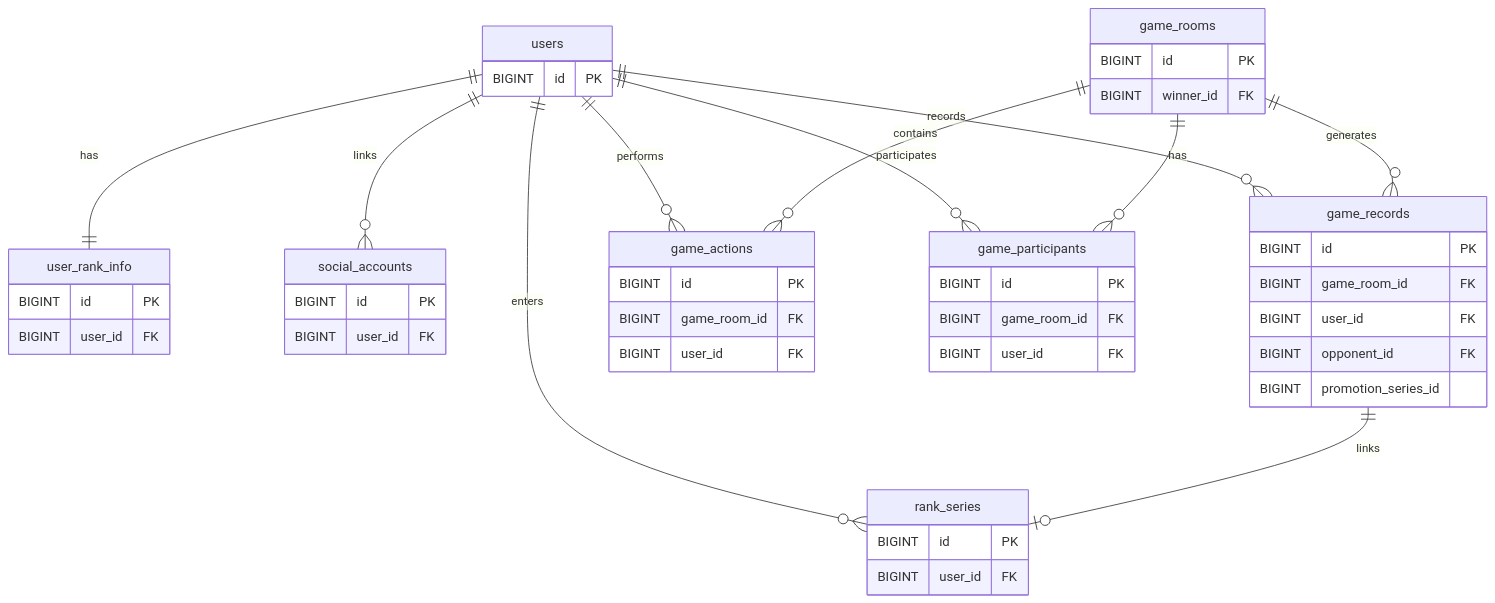
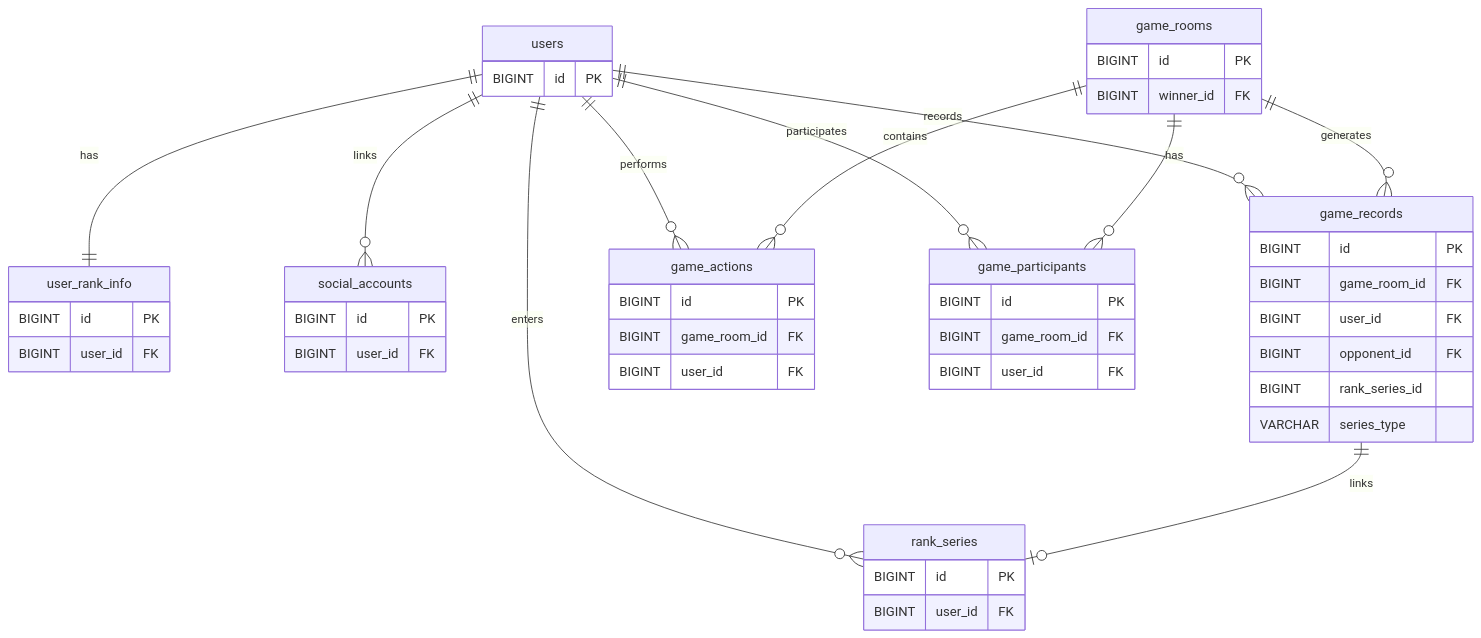
Before and after one commit to moonwhistle/League-of-Star: the first of 5 diagrams in docs/DB/DDL.md, drawn with Mermaid. The commit also changed other lines of this file and 13 other files, not shown here.

````diff
--- a/docs/DB/DDL.md
+++ b/docs/DB/DDL.md
@@ -7,50 +7,51 @@
 ```mermaid
 erDiagram
     users ||--|| user_rank_info : has
     users ||--o{ social_accounts : links
     users ||--o{ rank_series : enters
     users ||--o{ game_records : records
     users ||--o{ game_actions : performs
     users ||--o{ game_participants : participates
     game_rooms ||--o{ game_participants : has
     game_rooms ||--o{ game_actions : contains
     game_rooms ||--o{ game_records : generates
     game_records ||--o| rank_series : links
 
     users {
         BIGINT id PK
     }
     social_accounts {
         BIGINT id PK
         BIGINT user_id FK
     }
     user_rank_info {
         BIGINT id PK
         BIGINT user_id FK
     }
     rank_series {
         BIGINT id PK
         BIGINT user_id FK
     }
     game_rooms {
         BIGINT id PK
         BIGINT winner_id FK
     }
     game_participants {
         BIGINT id PK
         BIGINT game_room_id FK
         BIGINT user_id FK
     }
     game_actions {
         BIGINT id PK
         BIGINT game_room_id FK
         BIGINT user_id FK
     }
     game_records {
         BIGINT id PK
         BIGINT game_room_id FK
         BIGINT user_id FK
         BIGINT opponent_id FK
-        BIGINT promotion_series_id
+        BIGINT rank_series_id
+        VARCHAR series_type
     }
 ```
````
